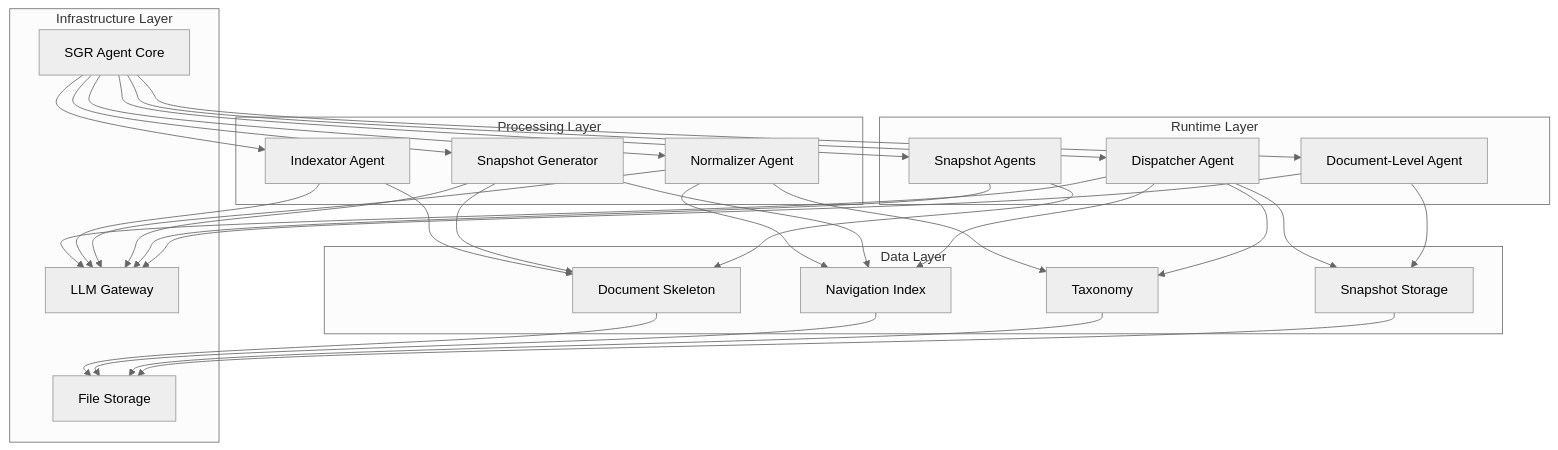
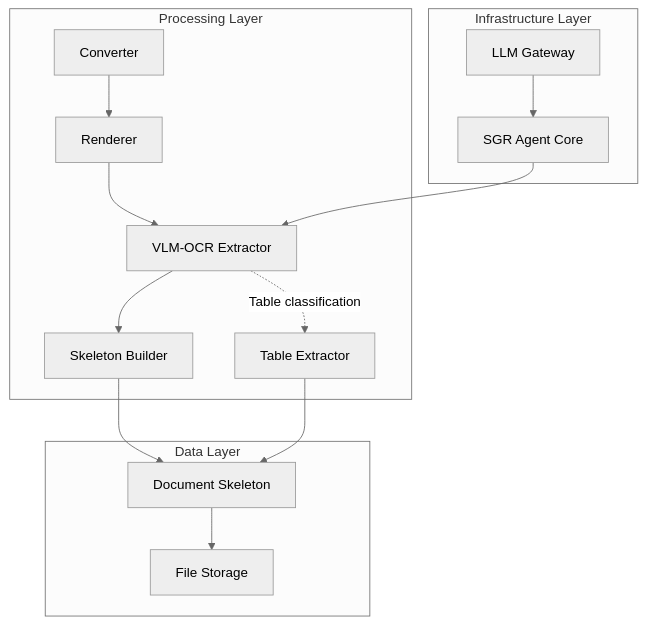
One commit to Dieugene/agentic-doc-processing changed the first of 3 diagrams in 00_docs/architecture/implementation_plan.md. Above: the diagram before and after it, drawn with Mermaid (neutral theme). The commit also changed other lines of this file and 212 other files, not shown here.

````diff
--- a/00_docs/architecture/implementation_plan.md
+++ b/00_docs/architecture/implementation_plan.md
@@ -26,58 +21,32 @@
 ```mermaid
 graph TB
-    subgraph "Runtime Layer"
-        Dispatcher[Dispatcher Agent]
-        SnapshotAgents[Snapshot Agents]
-        DocLevelAgent[Document-Level Agent]
-    end
-
     subgraph "Processing Layer"
-        Indexator[Indexator Agent]
-        Normalizer[Normalizer Agent]
-        SnapshotGen[Snapshot Generator]
+        Converter[Converter]
+        Renderer[Renderer]
+        VLMOCR[VLM-OCR Extractor]
+        SkeletonBuilder[Skeleton Builder]
+        TableExtractor[Table Extractor]
     end
 
     subgraph "Data Layer"
         Skeleton[Document Skeleton]
-        NavIndex[Navigation Index]
-        Taxonomy[Taxonomy]
-        Snapshots[Snapshot Storage]
+        Storage[File Storage]
     end
 
     subgraph "Infrastructure Layer"
         Gateway[LLM Gateway]
         SGRCore[SGR Agent Core]
-        Storage[File Storage]
     end
 
-    Dispatcher --> Gateway
-    Indexator --> Gateway
-    Normalizer --> Gateway
-    SnapshotGen --> Gateway
-    SnapshotAgents --> Gateway
-    DocLevelAgent --> Gateway
+    Converter --> Renderer
+    Renderer --> VLMOCR
+    VLMOCR --> SkeletonBuilder
+    SkeletonBuilder --> Skeleton
+    Skeleton --> Storage
+    TableExtractor --> Skeleton
 
-    Indexator --> Skeleton
-    Normalizer --> NavIndex
-    Normalizer --> Taxonomy
-    SnapshotGen --> NavIndex
-    SnapshotGen --> Skeleton
+    VLMOCR -.->|Table classification| TableExtractor
 
-    Dispatcher --> NavIndex
-    Dispatcher --> Taxonomy
-    Dispatcher --> Snapshots
-    SnapshotAgents --> Skeleton
-    DocLevelAgent --> Snapshots
-
-    SGRCore --> Dispatcher
-    SGRCore --> Indexator
-    SGRCore --> Normalizer
-    SGRCore --> SnapshotGen
-    SGRCore --> SnapshotAgents
-    SGRCore --> DocLevelAgent
-
-    Skeleton --> Storage
-    NavIndex --> Storage
-    Taxonomy --> Storage
-    Snapshots --> Storage
+    SGRCore --> VLMOCR
+    Gateway --> SGRCore
 ```
````
